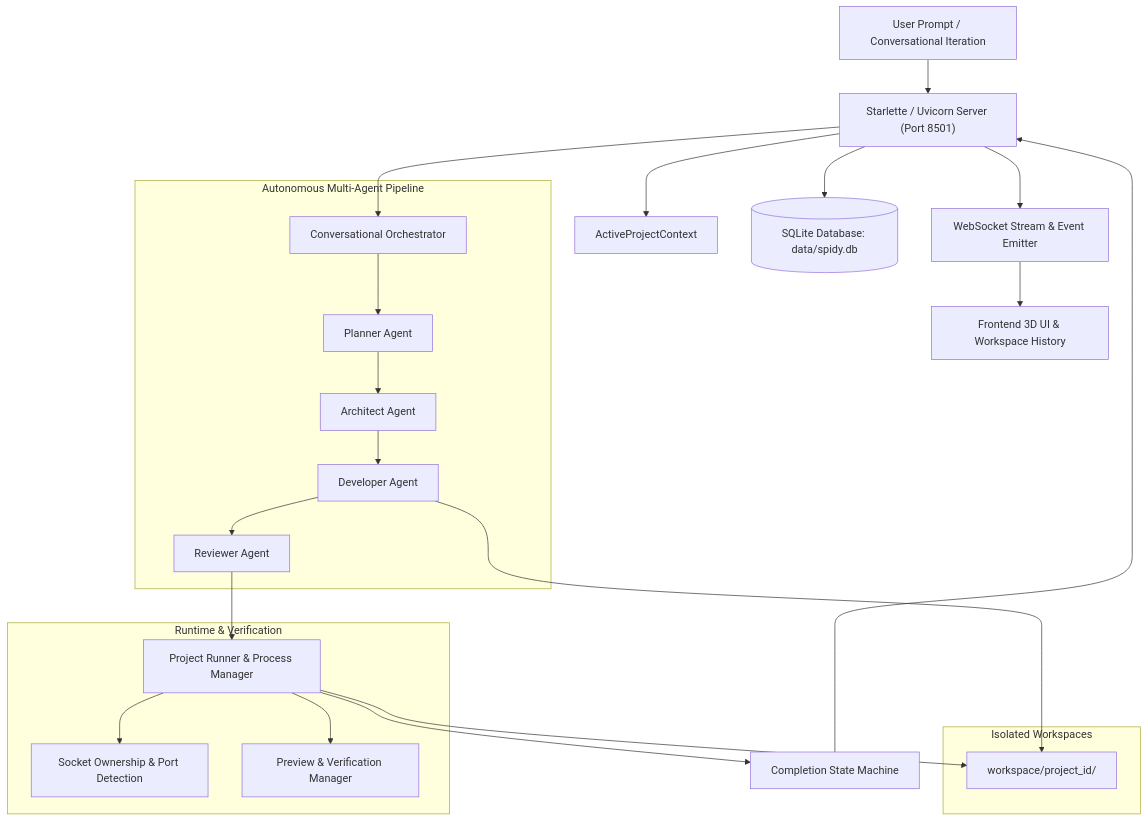
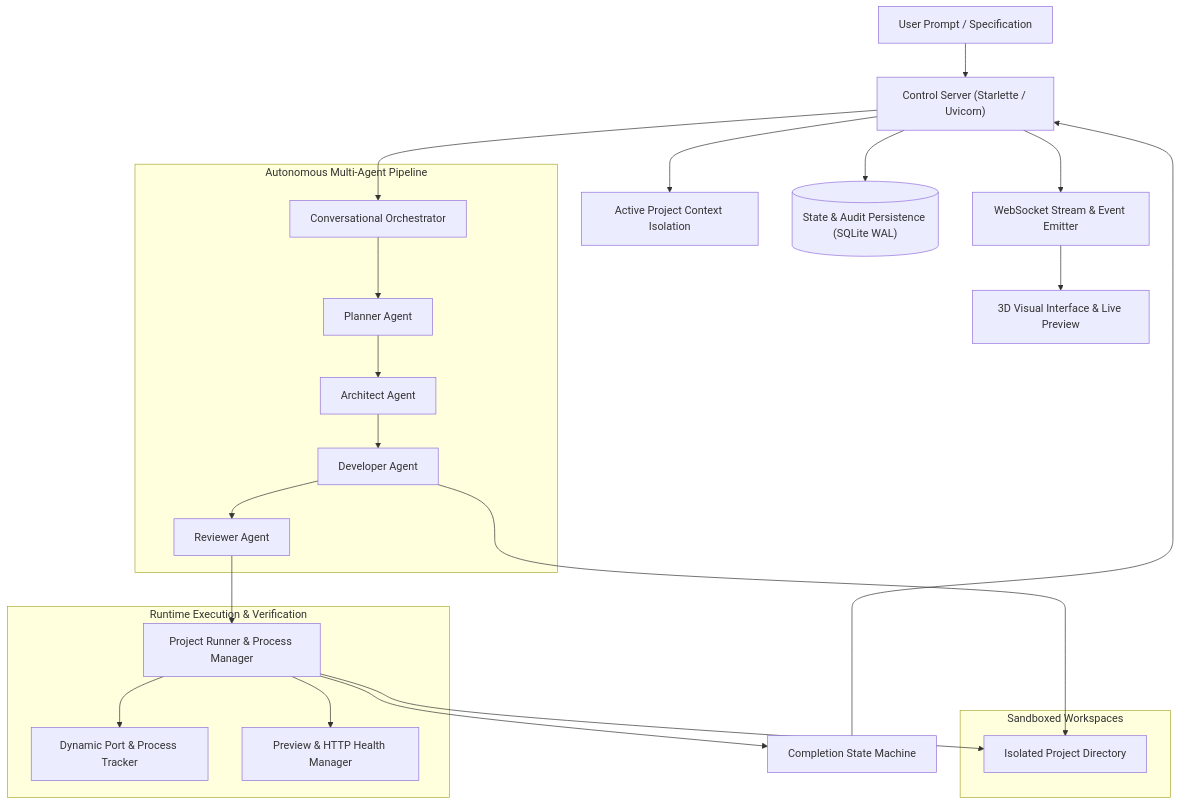
The diagram in docs/architecture/overview.md (Charan877/Spidy), drawn with Mermaid before and after one commit. The commit also changed other lines of this file and 1 other file, not shown here.

Commit message:
docs: polish GitHub presentation and project documentation

````diff
--- a/docs/architecture/overview.md
+++ b/docs/architecture/overview.md
@@ -11,30 +11,30 @@
 ```mermaid
 flowchart TD
-    User["User Prompt / Conversational Iteration"] --> Server["Starlette / Uvicorn Server (Port 8501)"]
-    Server --> ActiveCtx["ActiveProjectContext"]
-    Server --> DB[("SQLite Database: data/spidy.db")]
+    User["User Prompt / Specification"] --> Server["Control Server (Starlette / Uvicorn)"]
+    Server --> ActiveCtx["Active Project Context Isolation"]
+    Server --> DB[("State & Audit Persistence (SQLite WAL)")]
     Server --> Orch["Conversational Orchestrator"]
 
     subgraph AgentPipeline ["Autonomous Multi-Agent Pipeline"]
         Orch --> Planner["Planner Agent"]
         Planner --> Architect["Architect Agent"]
         Architect --> Developer["Developer Agent"]
         Developer --> Reviewer["Reviewer Agent"]
     end
 
-    subgraph RuntimeSystem ["Runtime & Verification"]
+    subgraph RuntimeSystem ["Runtime Execution & Verification"]
         Reviewer --> Runtime["Project Runner & Process Manager"]
-        Runtime --> SocketCheck["Socket Ownership & Port Detection"]
-        Runtime --> PreviewMgr["Preview & Verification Manager"]
+        Runtime --> SocketCheck["Dynamic Port & Process Tracker"]
+        Runtime --> PreviewMgr["Preview & HTTP Health Manager"]
     end
 
-    subgraph WorkspaceLayer ["Isolated Workspaces"]
-        Developer --> WS["workspace/project_id/"]
+    subgraph WorkspaceLayer ["Sandboxed Workspaces"]
+        Developer --> WS["Isolated Project Directory"]
         Runtime --> WS
     end
 
     Runtime --> StateMachine["Completion State Machine"]
     StateMachine --> Server
     Server --> WSStream["WebSocket Stream & Event Emitter"]
-    WSStream --> UI["Frontend 3D UI & Workspace History"]
+    WSStream --> UI["3D Visual Interface & Live Preview"]
 ```
````
